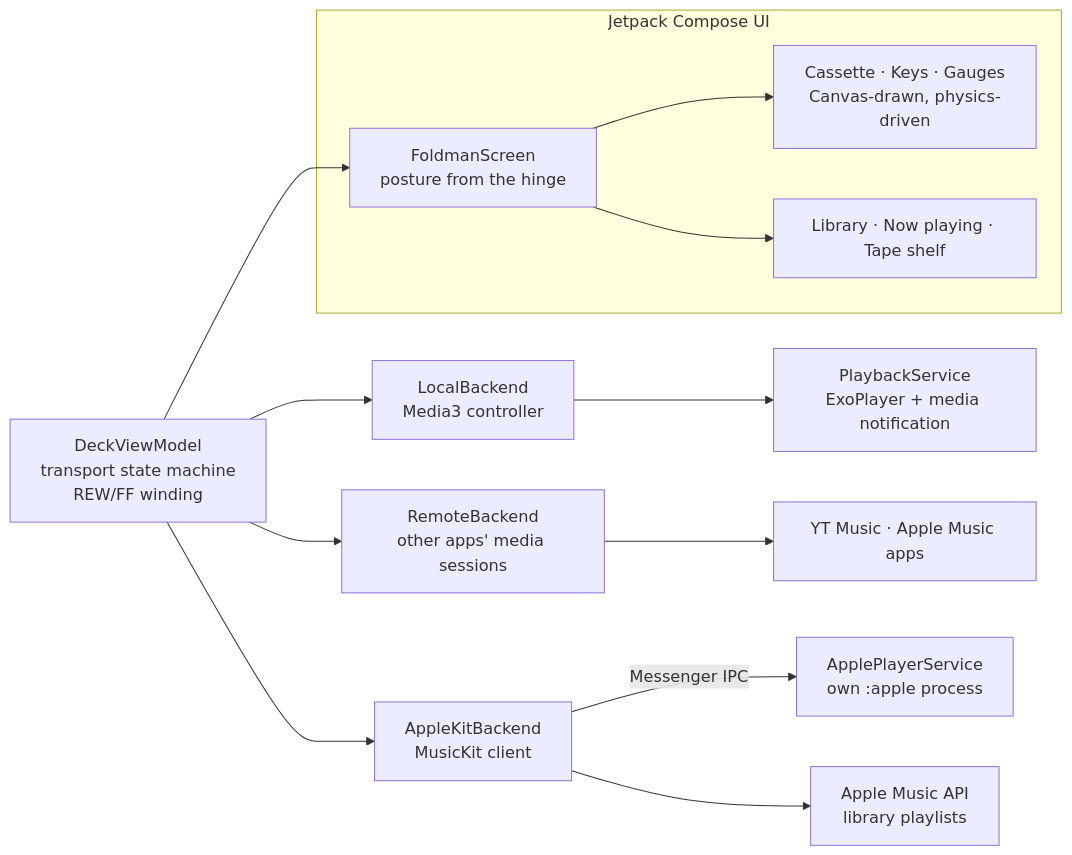
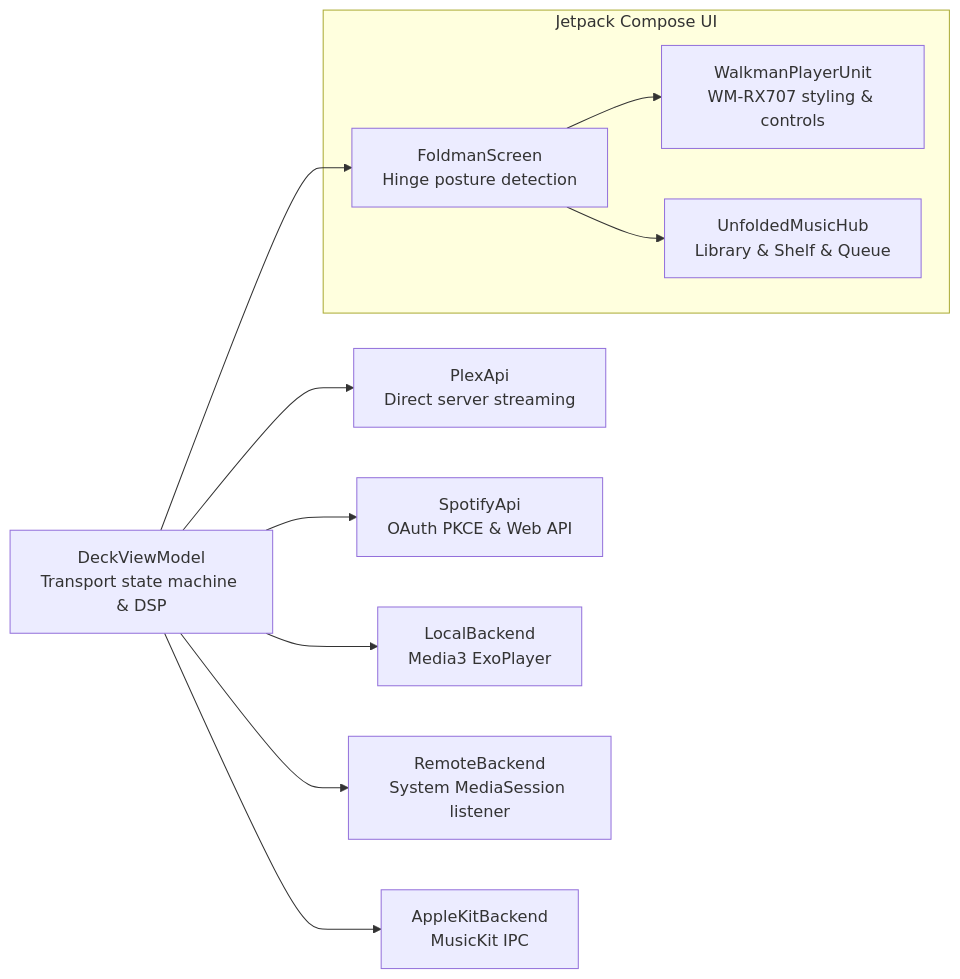
The diagram in README.md (artywah/Tapeman), drawn with Mermaid before and after one commit. The commit also changed other lines of this file and 31 other files, not shown here.

````diff
--- a/README.md
+++ b/README.md
@@ -129,15 +133,13 @@
 ```mermaid
 flowchart LR
     subgraph UI["Jetpack Compose UI"]
-        Screen["FoldmanScreen<br/>posture from the hinge"] --> Deck["Cassette · Keys · Gauges<br/>Canvas-drawn, physics-driven"]
-        Screen --> Panels["Library · Now playing · Tape shelf"]
+        Screen["FoldmanScreen<br/>Hinge posture detection"] --> Deck["WalkmanPlayerUnit<br/>WM-RX707 styling & controls"]
+        Screen --> Hub["UnfoldedMusicHub<br/>Library & Shelf & Queue"]
     end
-    VM["DeckViewModel<br/>transport state machine<br/>REW/FF winding"] --> Screen
-    VM --> Local["LocalBackend<br/>Media3 controller"]
-    VM --> Remote["RemoteBackend<br/>other apps' media sessions"]
-    VM --> Kit["AppleKitBackend<br/>MusicKit client"]
-    Local --> Service["PlaybackService<br/>ExoPlayer + media notification"]
-    Kit -- "Messenger IPC" --> ApplePlayer["ApplePlayerService<br/>own :apple process"]
-    Remote --> Apps["YT Music · Apple Music apps"]
-    Kit --> API["Apple Music API<br/>library playlists"]
+    VM["DeckViewModel<br/>Transport state machine & DSP"] --> Screen
+    VM --> Plex["PlexApi<br/>Direct server streaming"]
+    VM --> Spotify["SpotifyApi<br/>OAuth PKCE & Web API"]
+    VM --> Local["LocalBackend<br/>Media3 ExoPlayer"]
+    VM --> Remote["RemoteBackend<br/>System MediaSession listener"]
+    VM --> Apple["AppleKitBackend<br/>MusicKit IPC"]
 ```
````
